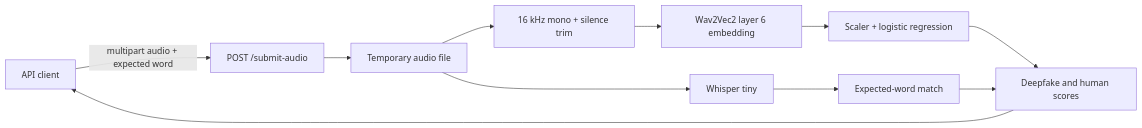
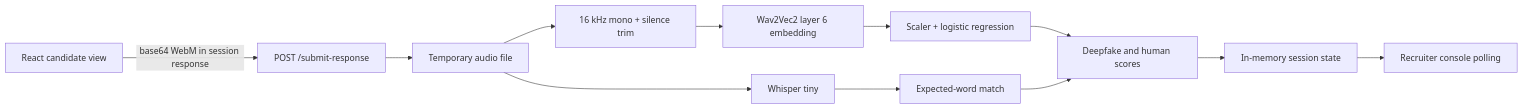
The second of 2 diagrams in README.md (vinayakmalviya/sapien), drawn with Mermaid before and after one commit. The commit also changed other lines of this file and 19 other files, not shown here.

Commit message:
feat: enhance audio processing and session management

````diff
--- a/README.md
+++ b/README.md
@@ -50,13 +50,14 @@
 ```mermaid
 flowchart LR
-    Client[API client] -->|multipart audio + expected word| Endpoint[POST /submit-audio]
+    Client[React candidate view] -->|base64 WebM in session response| Endpoint[POST /submit-response]
     Endpoint --> Temp[Temporary audio file]
     Temp --> Preprocess[16 kHz mono + silence trim]
     Preprocess --> W2V[Wav2Vec2 layer 6 embedding]
     W2V --> Classifier[Scaler + logistic regression]
     Temp --> Whisper[Whisper tiny]
     Classifier --> Response[Deepfake and human scores]
     Whisper --> Match[Expected-word match]
     Match --> Response
-    Response --> Client
+    Response --> Session[In-memory session state]
+    Session --> Console[Recruiter console polling]
 ```
````
